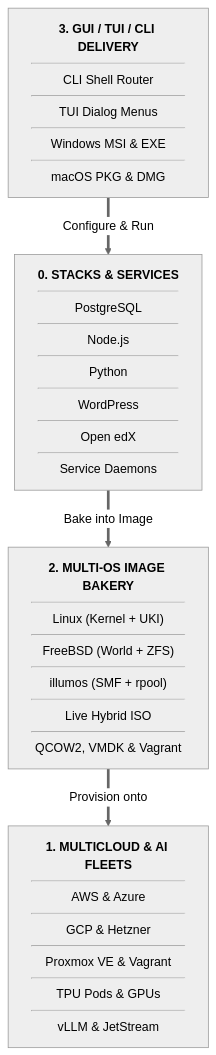
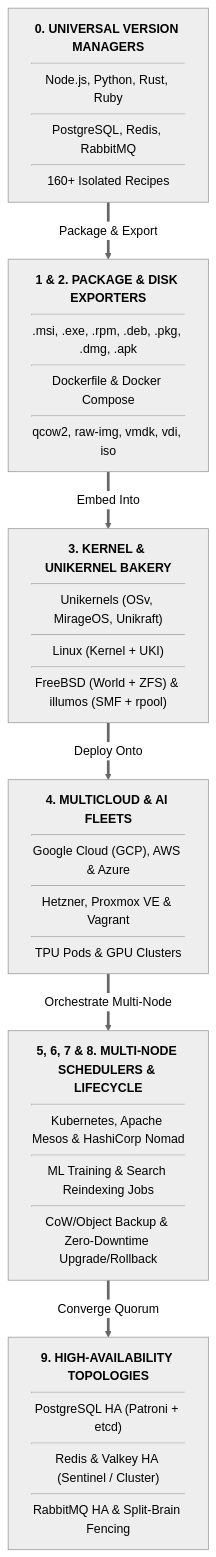
One commit to SamuelMarks/libscript changed the first of 8 diagrams in ARCHITECTURE.md. Above: the diagram before and after it, drawn with Mermaid (neutral theme). The commit also changed other lines of this file and 3561 other files, not shown here.

````diff
--- a/ARCHITECTURE.md
+++ b/ARCHITECTURE.md
@@ -26,14 +28,20 @@
 ```mermaid
 flowchart TD
-    UI["<b>3. GUI / TUI / CLI DELIVERY</b><hr/>CLI Shell Router<hr/>TUI Dialog Menus<hr/>Windows MSI & EXE<hr/>macOS PKG & DMG"]
+    VMS["<b>0. UNIVERSAL VERSION MANAGERS</b><hr/>Node.js, Python, Rust, Ruby<hr/>PostgreSQL, Redis, RabbitMQ<hr/>160+ Isolated Recipes"]
 
-    APP["<b>0. STACKS & SERVICES</b><hr/>PostgreSQL<hr/>Node.js<hr/>Python<hr/>WordPress<hr/>Open edX<hr/>Service Daemons"]
+    PKG["<b>1 & 2. PACKAGE & DISK EXPORTERS</b><hr/>.msi, .exe, .rpm, .deb, .pkg, .dmg, .apk<hr/>Dockerfile & Docker Compose<hr/>qcow2, raw-img, vmdk, vdi, iso"]
 
-    OS["<b>2. MULTI-OS IMAGE BAKERY</b><hr/>Linux (Kernel + UKI)<hr/>FreeBSD (World + ZFS)<hr/>illumos (SMF + rpool)<hr/>Live Hybrid ISO<hr/>QCOW2, VMDK & Vagrant"]
+    OS["<b>3. KERNEL & UNIKERNEL BAKERY</b><hr/>Unikernels (OSv, MirageOS, Unikraft)<hr/>Linux (Kernel + UKI)<hr/>FreeBSD (World + ZFS) & illumos (SMF + rpool)"]
 
-    CLOUD["<b>1. MULTICLOUD & AI FLEETS</b><hr/>AWS & Azure<hr/>GCP & Hetzner<hr/>Proxmox VE & Vagrant<hr/>TPU Pods & GPUs<hr/>vLLM & JetStream"]
+    CLOUD["<b>4. MULTICLOUD & AI FLEETS</b><hr/>Google Cloud (GCP), AWS & Azure<hr/>Hetzner, Proxmox VE & Vagrant<hr/>TPU Pods & GPU Clusters"]
 
-    UI ==>|"Configure & Run"| APP
-    APP ==>|"Bake into Image"| OS
-    OS ==>|"Provision onto"| CLOUD
+    SCHED["<b>5, 6, 7 & 8. MULTI-NODE SCHEDULERS & LIFECYCLE</b><hr/>Kubernetes, Apache Mesos & HashiCorp Nomad<hr/>ML Training & Search Reindexing Jobs<hr/>CoW/Object Backup & Zero-Downtime Upgrade/Rollback"]
+
+    HA["<b>9. HIGH-AVAILABILITY TOPOLOGIES</b><hr/>PostgreSQL HA (Patroni + etcd)<hr/>Redis & Valkey HA (Sentinel / Cluster)<hr/>RabbitMQ HA & Split-Brain Fencing"]
+
+    VMS ==>|"Package & Export"| PKG
+    PKG ==>|"Embed Into"| OS
+    OS ==>|"Deploy Onto"| CLOUD
+    CLOUD ==>|"Orchestrate Multi-Node"| SCHED
+    SCHED ==>|"Converge Quorum"| HA
 ```
````
